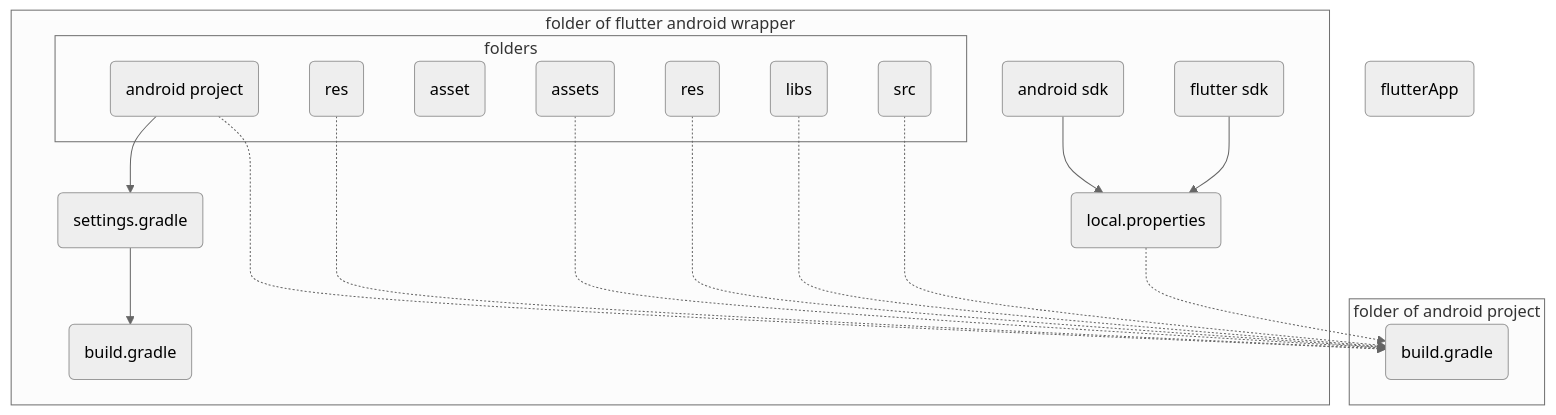
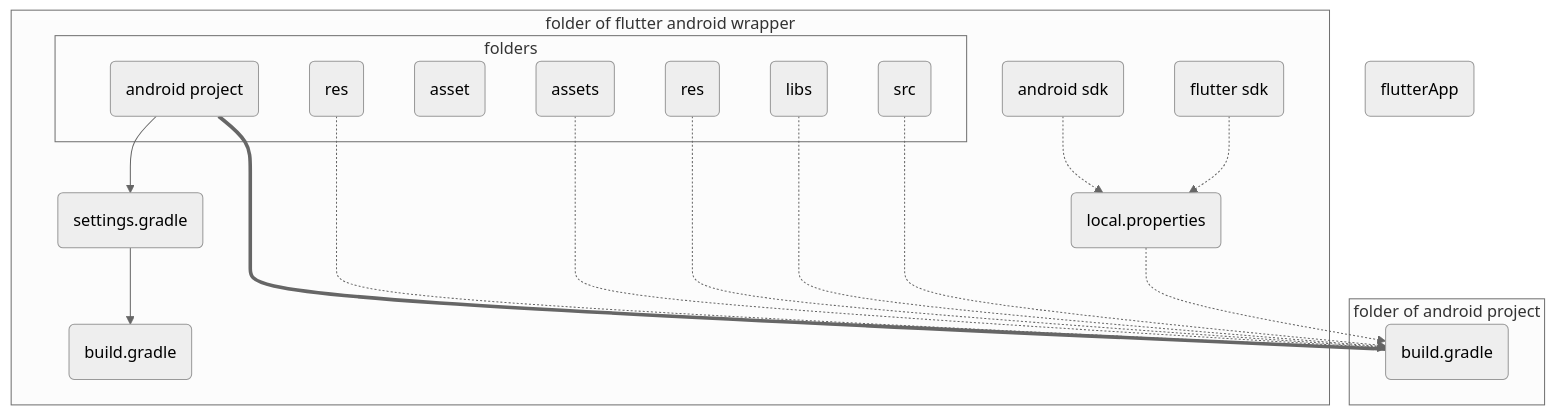
Before and after one commit to gordianknotC/nxp_note: the second of 2 diagrams in flutter/addAndroidProjIntoFlutter.md, drawn with Mermaid (neutral theme). The commit also changed other lines of this file, not shown here.

Commit message:
flutter/addAndroidProjIntoFlutter.md updated from https://stackedit.io/

````diff
--- a/flutter/addAndroidProjIntoFlutter.md
+++ b/flutter/addAndroidProjIntoFlutter.md
@@ -228,37 +228,37 @@
 ```mermaid
 graph TB
 	F(flutterApp)
 	subgraph folder of flutter android wrapper
 		WS(settings.gradle) --> WB(build.gradle)
 		WL(local.properties)
-		WL1(android sdk)-->WL
-		WL2(flutter sdk)-->WL
+		WL1(android sdk)-.->WL
+		WL2(flutter sdk)-.->WL
 		
 		subgraph folders
 			WR(res)
 			WP(android project)
 			WT(asset)
 		end
 	end
 	
 	subgraph folder of android project
 		AB(build.gradle)
 		 subgraph folders
 			 AR(res) 
 			 AT(assets)
 			 AL(libs)
 			 AC(src)
 		 end
 	end	 
 	
 	WP --> WS
-	WP -.-> AB
-	WR -.-> AB
+	WP === AB
+	WR -.- AB
 	AT -.-> AB
 	AR -.-> AB
 	AL -.-> AB
 	AC -.-> AB
 	WL -.-> AB
 	
 
 ```
````
